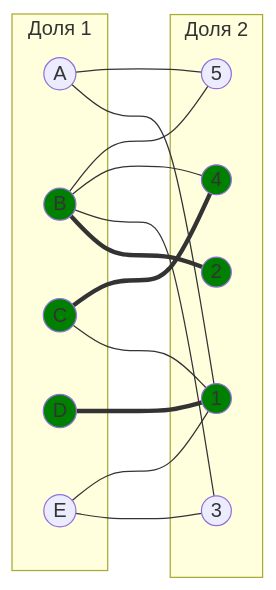
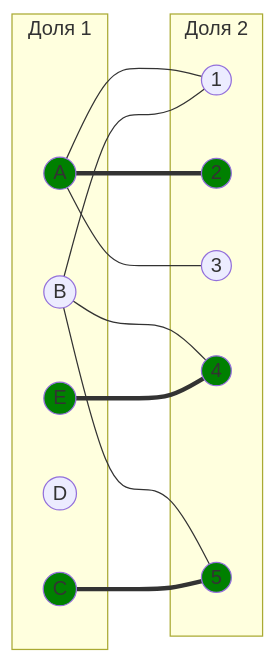
Before and after one commit to algos-ris-24-5/manual-tasks: the fourth of 13 diagrams in Задание 8/TeamSpirit.md, drawn with Mermaid. The commit also changed other lines of this file, not shown here.

````diff
--- a/Задание 8/TeamSpirit.md
+++ b/Задание 8/TeamSpirit.md
@@ -154,36 +156,33 @@
 ```mermaid
 graph LR
     subgraph "Доля 1"
         A((A))
         B((B))
         C((C))
         D((D))
         E((E))
     end
     subgraph "Доля 2"
         1((1))
         2((2))
         3((3))
         4((4))
         5((5))
     end
     A --- 1
-    A --- 5
-    B === 2
-    B --- 3
+    A === 2
+    A --- 3
+    B --- 1
     B --- 4
     B --- 5
-    C --- 1
-    C === 4
-    D === 1
-    E --- 3
-    E --- 1
+    C === 5
+    E === 4
 
 
-    style D fill:#008000
-    style B fill:#008000
+    style A fill:#008000
+    style E fill:#008000
     style C fill:#008000
-    style 1 fill:#008000
+    style 5 fill:#008000
     style 2 fill:#008000
     style 4 fill:#008000
 ```
````
